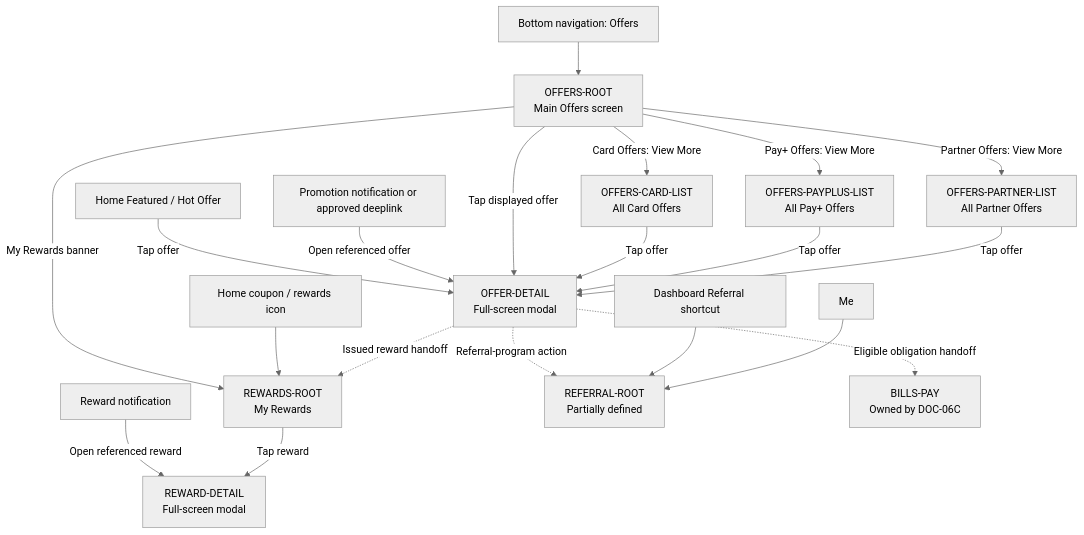
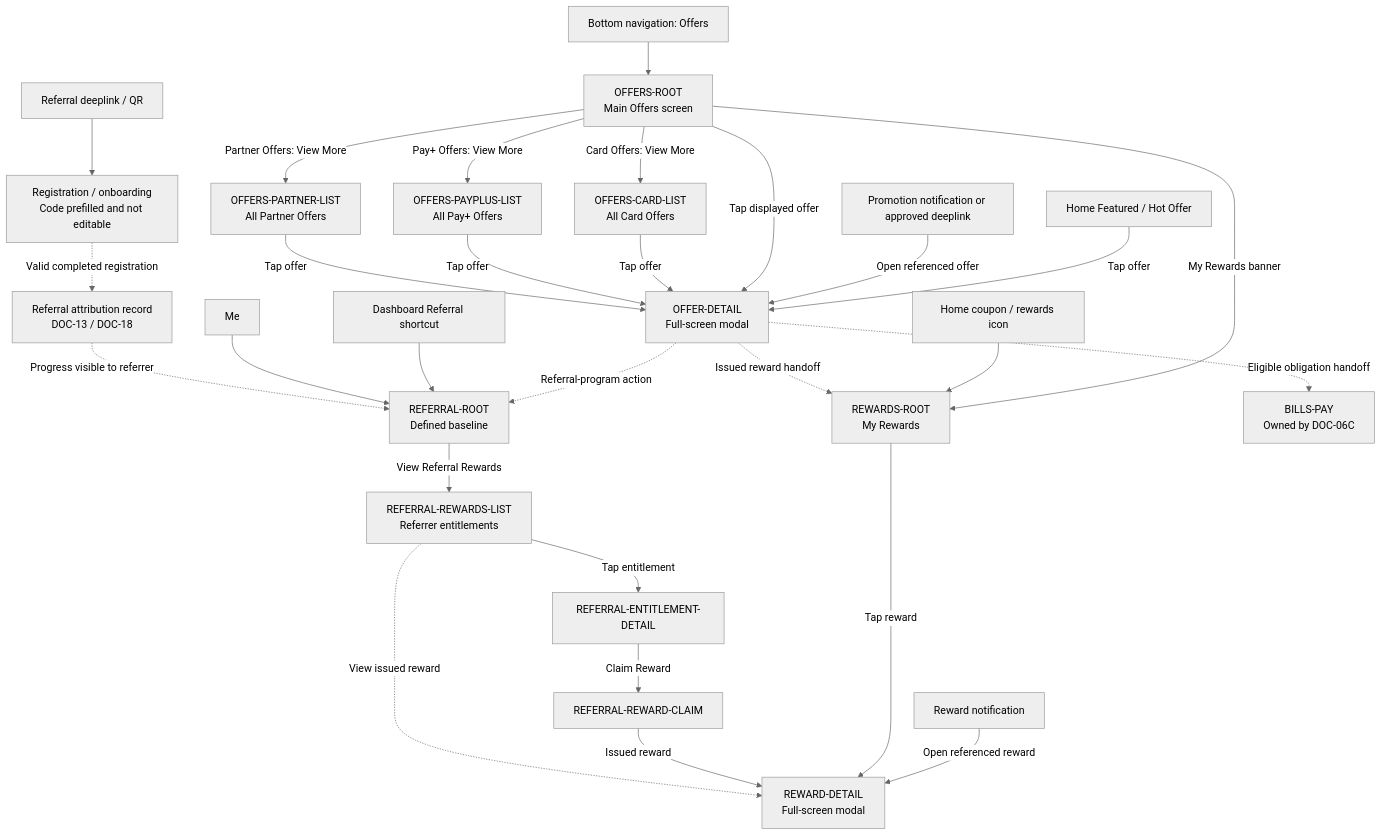
Before and after one commit to adminpayplus/payplus-docs: the seventh of 7 diagrams in docs/diagrams/payplus-app-route-entry-map.md, drawn with Mermaid (neutral theme). The commit also changed other lines of this file and 13 other files, not shown here.

Commit message:
docs: define referral attribution and rewards flow

````diff
--- a/docs/diagrams/payplus-app-route-entry-map.md
+++ b/docs/diagrams/payplus-app-route-entry-map.md
@@ -219,25 +219,35 @@
 ```mermaid
 flowchart TD
   NAV["Bottom navigation: Offers"] --> OROOT["OFFERS-ROOT<br/>Main Offers screen"]
   FEATURED["Home Featured / Hot Offer"] -->|"Tap offer"| ODETAIL["OFFER-DETAIL<br/>Full-screen modal"]
   PROMONOTIF["Promotion notification or approved deeplink"] -->|"Open referenced offer"| ODETAIL
 
   OROOT -->|"Tap displayed offer"| ODETAIL
   OROOT -->|"Card Offers: View More"| CARDLIST["OFFERS-CARD-LIST<br/>All Card Offers"]
   OROOT -->|"Pay+ Offers: View More"| PAYPLUSLIST["OFFERS-PAYPLUS-LIST<br/>All Pay+ Offers"]
   OROOT -->|"Partner Offers: View More"| PARTNERLIST["OFFERS-PARTNER-LIST<br/>All Partner Offers"]
   CARDLIST -->|"Tap offer"| ODETAIL
   PAYPLUSLIST -->|"Tap offer"| ODETAIL
   PARTNERLIST -->|"Tap offer"| ODETAIL
 
   OROOT -->|"My Rewards banner"| REWARDS["REWARDS-ROOT<br/>My Rewards"]
   REWARDICON["Home coupon / rewards icon"] --> REWARDS
   REWARDNOTIF["Reward notification"] -->|"Open referenced reward"| RDETAIL["REWARD-DETAIL<br/>Full-screen modal"]
   REWARDS -->|"Tap reward"| RDETAIL
 
   ODETAIL -. "Referral-program action" .-> REFERRAL
-  REFSHORTCUT["Dashboard Referral shortcut"] --> REFERRAL["REFERRAL-ROOT<br/>Partially defined"]
+  REFSHORTCUT["Dashboard Referral shortcut"] --> REFERRAL["REFERRAL-ROOT<br/>Defined baseline"]
   ME["Me"] --> REFERRAL
+  REFERRAL -->|"View Referral Rewards"| REFLIST["REFERRAL-REWARDS-LIST<br/>Referrer entitlements"]
+  REFLIST -->|"Tap entitlement"| REFDETAIL["REFERRAL-ENTITLEMENT-DETAIL"]
+  REFDETAIL -->|"Claim Reward"| REFCLAIM["REFERRAL-REWARD-CLAIM"]
+  REFCLAIM -->|"Issued reward"| RDETAIL
+  REFLIST -. "View issued reward" .-> RDETAIL
+
+  REFLINK["Referral deeplink / QR"] --> REGISTRATION["Registration / onboarding<br/>Code prefilled and not editable"]
+  REGISTRATION -. "Valid completed registration" .-> ATTRIBUTION["Referral attribution record<br/>DOC-13 / DOC-18"]
+  ATTRIBUTION -. "Progress visible to referrer" .-> REFERRAL
+
   ODETAIL -. "Issued reward handoff" .-> REWARDS
   ODETAIL -. "Eligible obligation handoff" .-> BPAY["BILLS-PAY<br/>Owned by DOC-06C"]
 ```
````
